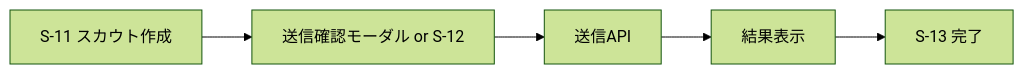
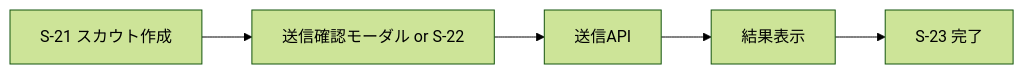
Diagram 14 of 15 in docs/details/03_screen-flow_md.md (Asheze1127/hack-evaluater), drawn with Mermaid (forest theme) before and after one commit. The commit also changed other lines of this file and 2 other files, not shown here.

````diff
--- a/docs/details/03_screen-flow_md.md
+++ b/docs/details/03_screen-flow_md.md
@@ -367,13 +447,13 @@
 ```mermaid
 flowchart LR
-    FORM[S-11 スカウト作成]
-    CONFIRM[送信確認モーダル or S-12]
+    FORM[S-21 スカウト作成]
+    CONFIRM[送信確認モーダル or S-22]
     SUBMIT[送信API]
     TOAST[結果表示]
-    DONE[S-13 完了]
+    DONE[S-23 完了]
 
     FORM --> CONFIRM
     CONFIRM --> SUBMIT
     SUBMIT --> TOAST
     TOAST --> DONE
 ```
````
